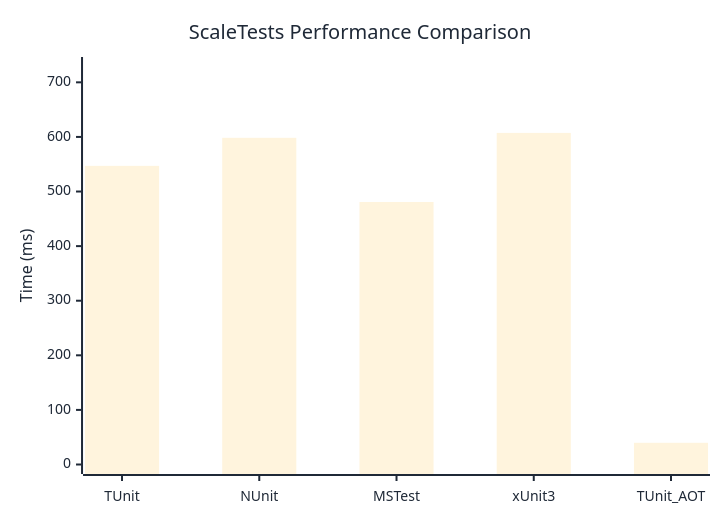
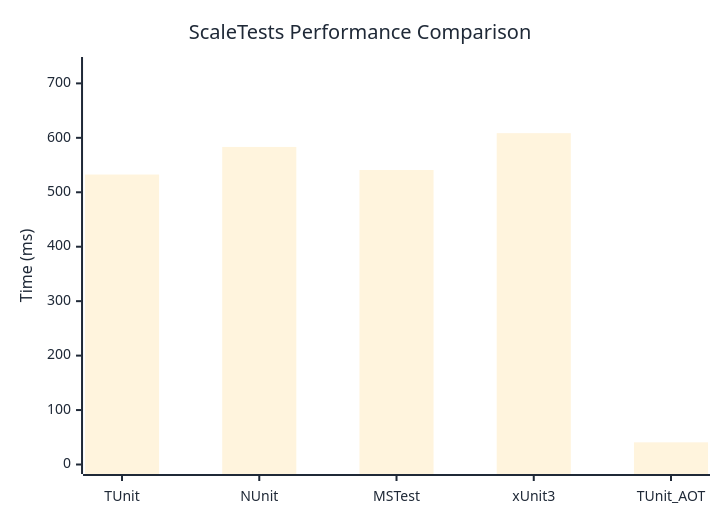
One commit to thomhurst/TUnit changed the diagram in docs/docs/benchmarks/ScaleTests.md. Above: the diagram before and after it, drawn with Mermaid. The commit also changed other lines of this file and 17 other files, not shown here.

````diff
--- a/docs/docs/benchmarks/ScaleTests.md
+++ b/docs/docs/benchmarks/ScaleTests.md
@@ -27,37 +27,37 @@
 ```mermaid
 %%{init: {
   'theme':'base',
   'themeVariables': {
     'primaryColor': '#2563eb',
     'primaryTextColor': '#1f2937',
     'primaryBorderColor': '#1e40af',
     'lineColor': '#6b7280',
     'secondaryColor': '#7c3aed',
     'tertiaryColor': '#dc2626',
     'background': '#ffffff',
     'mainBkg': '#2563eb',
     'secondBkg': '#7c3aed',
     'tertiaryBkg': '#dc2626',
     'clusterBkg': '#f3f4f6',
     'edgeLabelBackground': '#ffffff',
     'tertiaryTextColor': '#1f2937',
     'pie1': '#2563eb',
     'pie2': '#7c3aed',
     'pie3': '#dc2626',
     'pie4': '#f59e0b',
     'pie5': '#10b981',
     'pie6': '#06b6d4',
     'pie7': '#ec4899',
     'pie8': '#6366f1',
     'pie9': '#84cc16',
     'pie10': '#f97316',
     'pie11': '#14b8a6',
     'pie12': '#a855f7'
   }
 }}%%
 xychart-beta
   title "ScaleTests Performance Comparison"
   x-axis ["TUnit", "NUnit", "MSTest", "xUnit3", "TUnit_AOT"]
-  y-axis "Time (ms)" 0 --> 729
-  bar [547.04, 598.37, 480.81, 607.37, 39.75]
+  y-axis "Time (ms)" 0 --> 731
+  bar [532.6, 583.26, 540.89, 608.55, 40.71]
 ```
````
